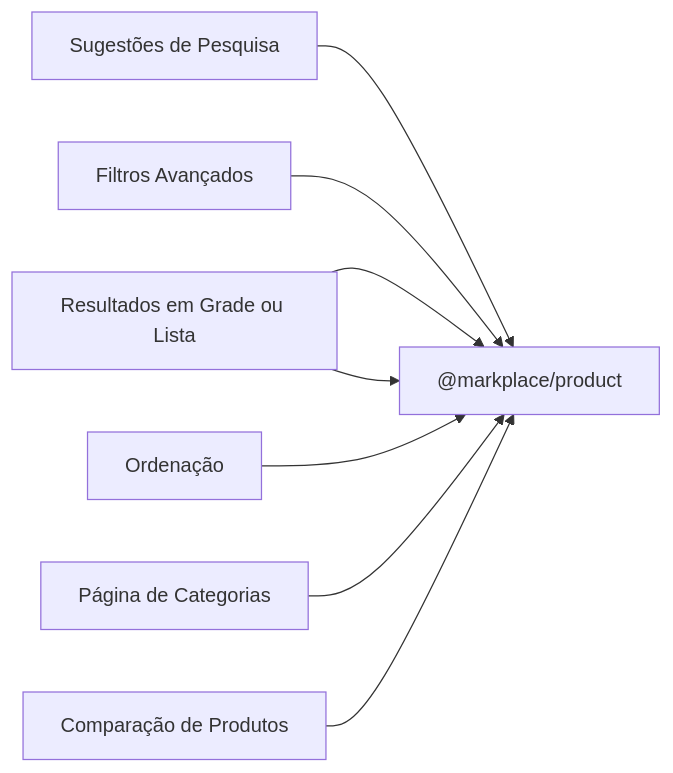
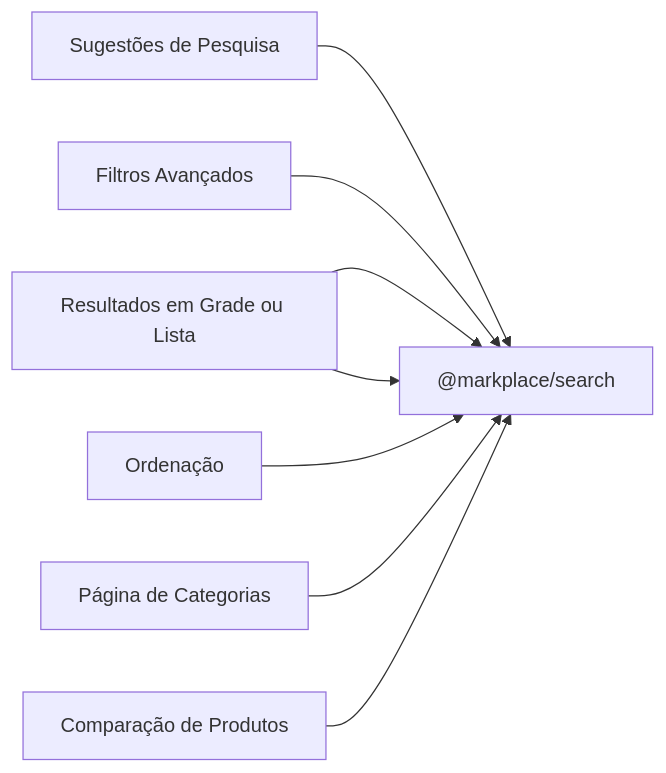
One commit to gstcarv/meli-marketplace-frontend changed the diagram in apps/search-mf/README.md. Above: the diagram before and after it, drawn with Mermaid.

Commit message:
docs(search): fixed mermaid entity

````diff
--- a/apps/search-mf/README.md
+++ b/apps/search-mf/README.md
@@ -7,12 +7,12 @@
 ```mermaid
 flowchart LR
-    main["@markplace/product"]
+    main["@markplace/search"]
 
     resultados["Resultados de Pesquisa"]-->main
     sugestoes["Sugestões de Pesquisa"]-->main
     filtros["Filtros Avançados"]-->main
     ordenacao["Ordenação"]-->main
     pagina["Página de Categorias"]-->main
     resultados["Resultados em Grade ou Lista"]-->main
     comparacao["Comparação de Produtos"]-->main
 ```
````
